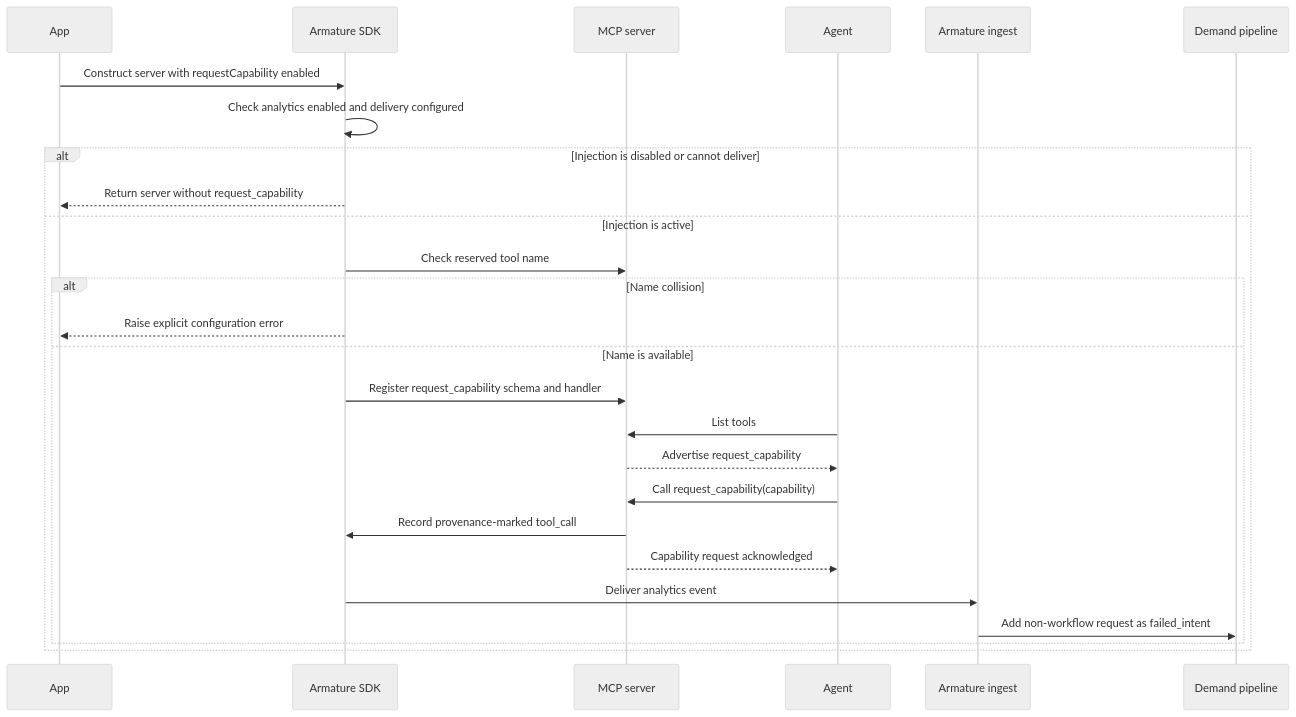
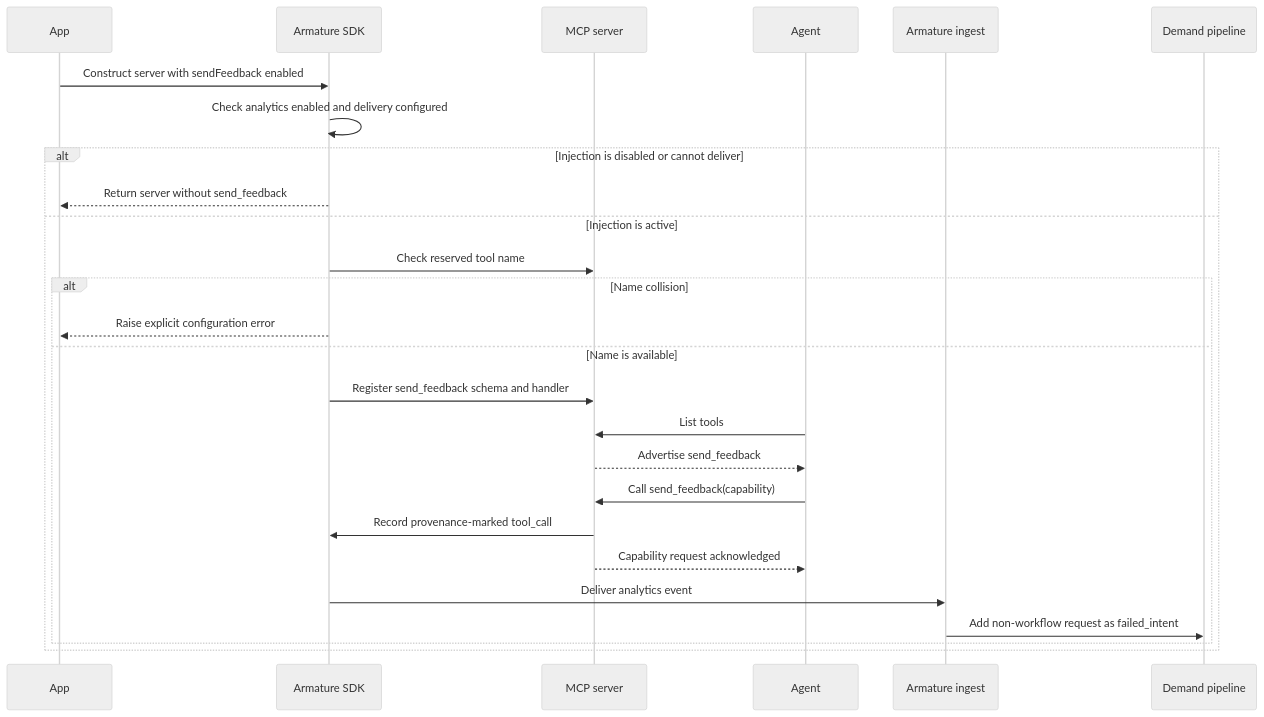
One commit to armature-tech/mcp-analytics changed the diagram in README.md. Above: the diagram before and after it, drawn with Mermaid (neutral theme). The commit also changed other lines of this file and 27 other files, not shown here.

````diff
--- a/README.md
+++ b/README.md
@@ -469,29 +466,29 @@
 ```mermaid
 sequenceDiagram
     participant App
     participant SDK as Armature SDK
     participant MCP as MCP server
     participant Agent
     participant Ingest as Armature ingest
     participant Demand as Demand pipeline
 
-    App->>SDK: Construct server with requestCapability enabled
+    App->>SDK: Construct server with sendFeedback enabled
     SDK->>SDK: Check analytics enabled and delivery configured
     alt Injection is disabled or cannot deliver
-        SDK-->>App: Return server without request_capability
+        SDK-->>App: Return server without send_feedback
     else Injection is active
         SDK->>MCP: Check reserved tool name
         alt Name collision
             SDK-->>App: Raise explicit configuration error
         else Name is available
-            SDK->>MCP: Register request_capability schema and handler
+            SDK->>MCP: Register send_feedback schema and handler
             Agent->>MCP: List tools
-            MCP-->>Agent: Advertise request_capability
-            Agent->>MCP: Call request_capability(capability)
+            MCP-->>Agent: Advertise send_feedback
+            Agent->>MCP: Call send_feedback(capability)
             MCP->>SDK: Record provenance-marked tool_call
             MCP-->>Agent: Capability request acknowledged
             SDK->>Ingest: Deliver analytics event
             Ingest->>Demand: Add non-workflow request as failed_intent
         end
     end
 ```
````
